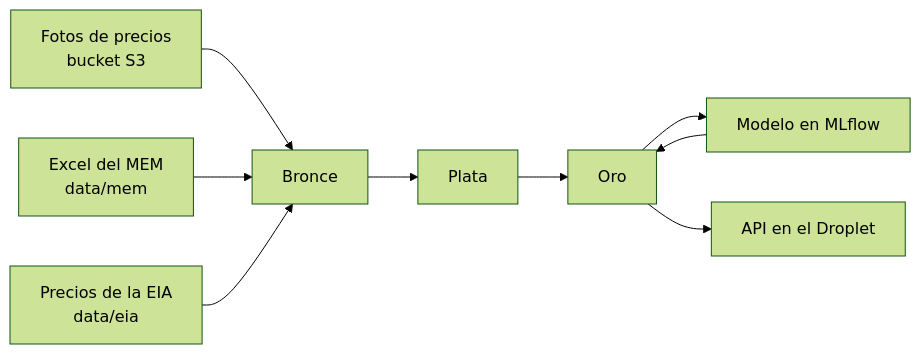
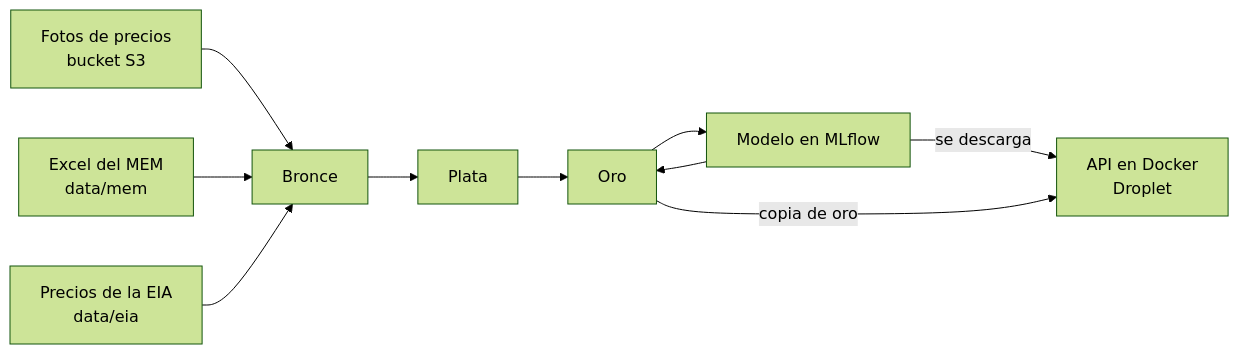
One commit to chuy-zip/MLOPS_GAS_PRICES_PROJECT changed the diagram in README.md. Above: the diagram before and after it, drawn with Mermaid (forest theme). The commit also changed other lines of this file and 13 other files, not shown here.

Commit message:
Documenta el trabajo en Databricks y agrega el script que descarga el modelo y oro para la API

````diff
--- a/README.md
+++ b/README.md
@@ -14,10 +14,11 @@
 ```mermaid
 flowchart LR
     FOTOS["Fotos de precios<br/>bucket S3"] --> B["Bronce"]
     MEM["Excel del MEM<br/>data/mem"] --> B
     EIA["Precios de la EIA<br/>data/eia"] --> B
     B --> P["Plata"] --> O["Oro"]
     O --> M["Modelo en MLflow"]
     M --> O
-    O --> API["API en el Droplet"]
+    M -- "se descarga" --> API["API en Docker<br/>Droplet"]
+    O -- "copia de oro" --> API
 ```
````
